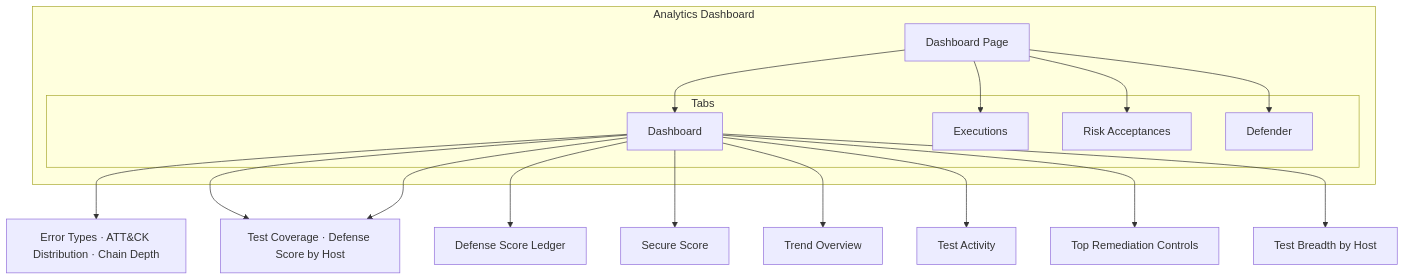
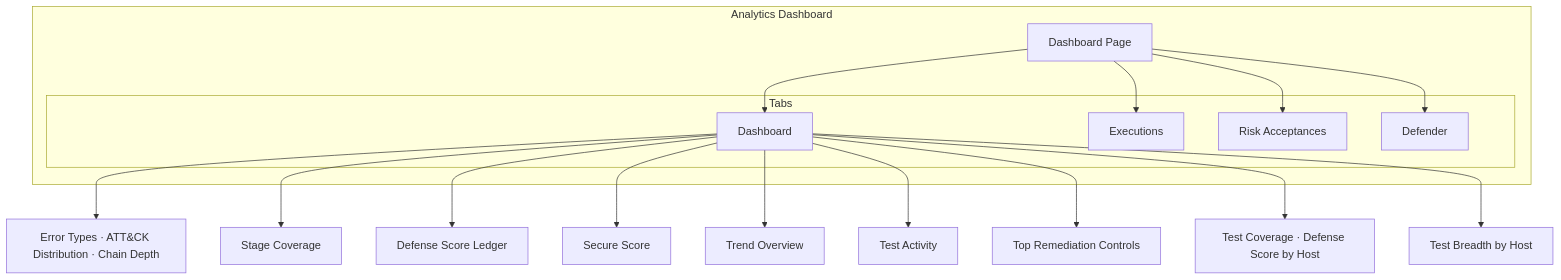
One commit to projectachilles/ProjectAchilles changed the diagram in wiki/docs/user-guide/analytics/defense-score.md. Above: the diagram before and after it, drawn with Mermaid. The commit also changed other lines of this file and 9 other files, not shown here.

First line of the commit message:
fix(analytics): stage coverage review fixes

````diff
--- a/wiki/docs/user-guide/analytics/defense-score.md
+++ b/wiki/docs/user-guide/analytics/defense-score.md
@@ -99,28 +99,28 @@
 ```mermaid
 graph TB
     subgraph "Analytics Dashboard"
         ADP[Dashboard Page]
 
         subgraph "Tabs"
             DT[Dashboard]
             ET[Executions]
             RT[Risk Acceptances]
             DefT[Defender]
         end
     end
 
     ADP --> DT
     ADP --> ET
     ADP --> RT
     ADP --> DefT
 
     DT --> TRIO[Error Types · ATT&CK Distribution · Chain Depth]
-    DT --> COV[Stage Coverage]
+    DT --> STG[Stage Coverage]
     DT --> LED[Defense Score Ledger]
     DT --> SEC[Secure Score]
     DT --> TREND[Trend Overview]
     DT --> ACT[Test Activity]
     DT --> TOP[Top Remediation Controls]
     DT --> COV[Test Coverage · Defense Score by Host]
     DT --> TREE[Test Breadth by Host]
 ```
````
